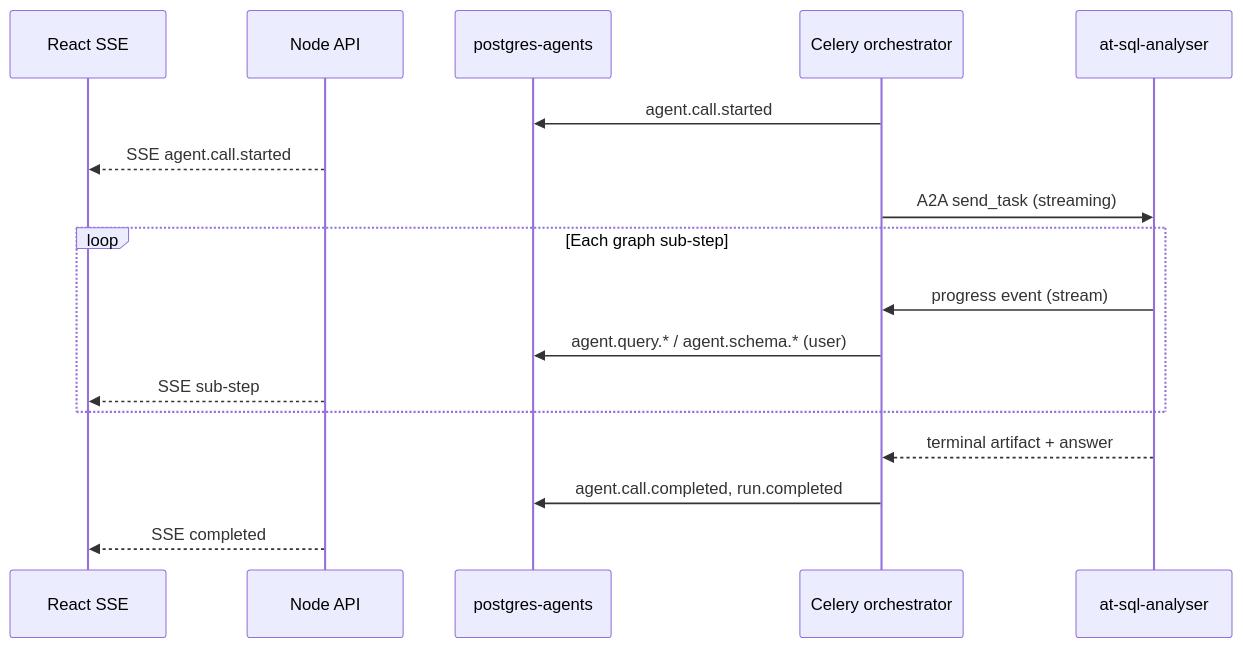
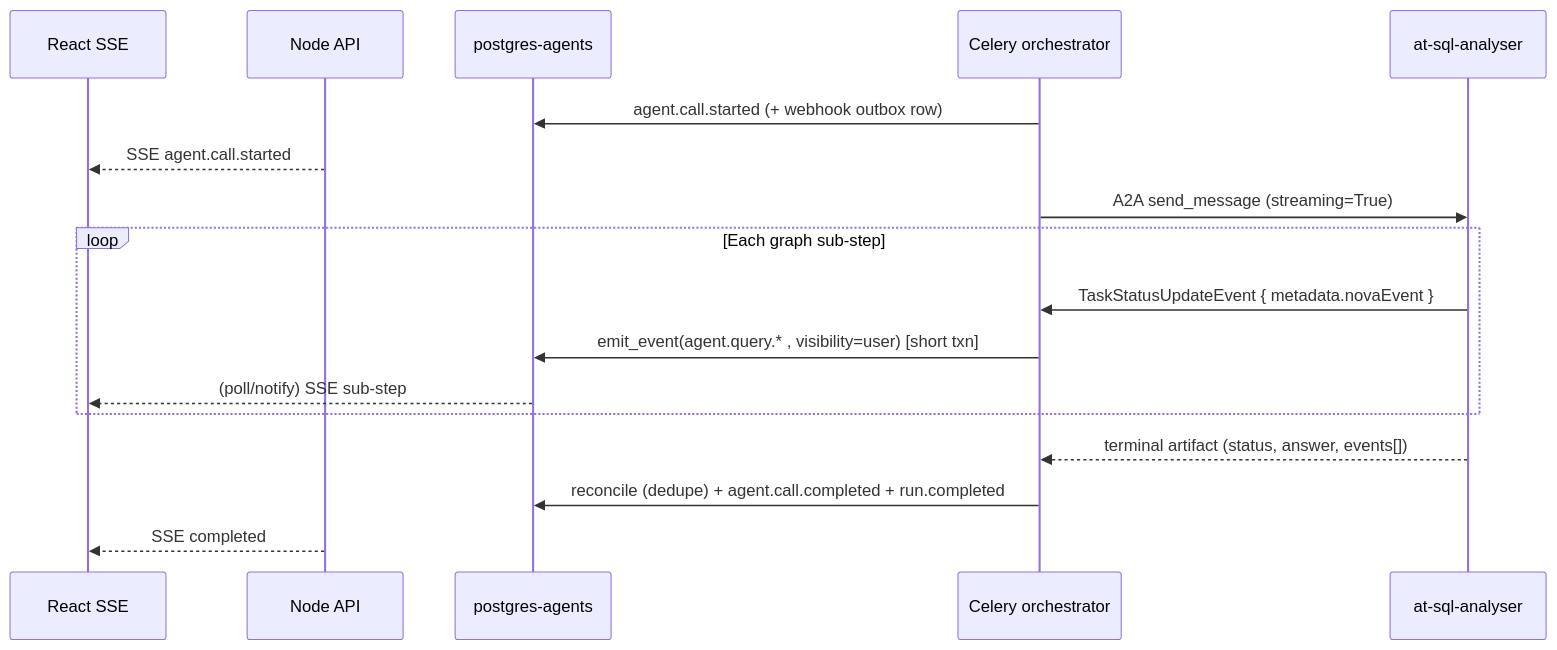
One commit to ATenu/at-nova-platform changed the diagram in design-planning/agent-run-live-events-and-trace-resilience.md. Above: the diagram before and after it, drawn with Mermaid. The commit also changed other lines of this file and 20 other files, not shown here.

First line of the commit message:
Stream agent sub-events live over A2A for SSE and webhook audit.

````diff
--- a/design-planning/agent-run-live-events-and-trace-resilience.md
+++ b/design-planning/agent-run-live-events-and-trace-resilience.md
@@ -71,20 +97,20 @@
 ```mermaid
 sequenceDiagram
   participant UI as React SSE
   participant API as Node API
   participant DB as postgres-agents
   participant Worker as Celery orchestrator
   participant Agent as at-sql-analyser
 
-  Worker->>DB: agent.call.started
+  Worker->>DB: agent.call.started (+ webhook outbox row)
   API-->>UI: SSE agent.call.started
-  Worker->>Agent: A2A send_task (streaming)
+  Worker->>Agent: A2A send_message (streaming=True)
   loop Each graph sub-step
-    Agent->>Worker: progress event (stream)
-    Worker->>DB: agent.query.* / agent.schema.* (user)
-    API-->>UI: SSE sub-step
+    Agent->>Worker: TaskStatusUpdateEvent { metadata.novaEvent }
+    Worker->>DB: emit_event(agent.query.* , visibility=user) [short txn]
+    DB-->>UI: (poll/notify) SSE sub-step
   end
-  Agent-->>Worker: terminal artifact + answer
-  Worker->>DB: agent.call.completed, run.completed
+  Agent-->>Worker: terminal artifact (status, answer, events[])
+  Worker->>DB: reconcile (dedupe) + agent.call.completed + run.completed
   API-->>UI: SSE completed
 ```
````
